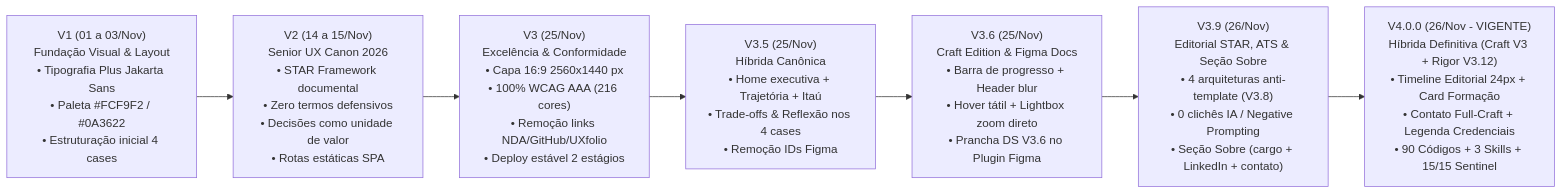
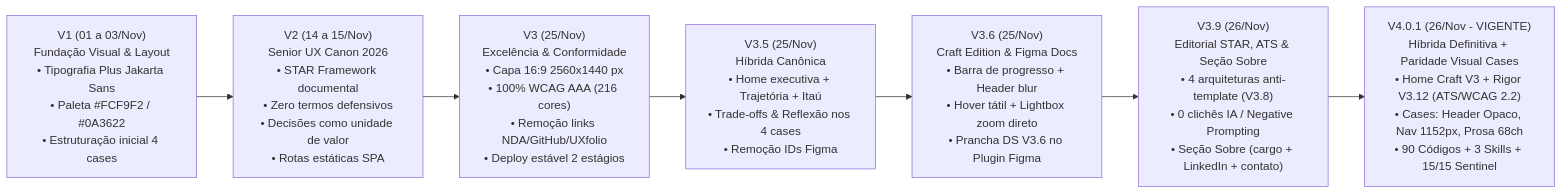
Before and after one commit to israelfull-commits/portfolio: the diagram in docs/INDEX_GOVERNANCA_E_DECISOES.md, drawn with Mermaid. The commit also changed 6 other files, not shown here.

Commit message:
fix(v4.0.1): case visual & design system fixes (opaque scrolled header, full-width footer nav, single-col 68ch summary, decimal ol, gallery aspect)

````diff
--- a/docs/INDEX_GOVERNANCA_E_DECISOES.md
+++ b/docs/INDEX_GOVERNANCA_E_DECISOES.md
@@ -15,11 +15,11 @@
 ```mermaid
 flowchart LR
     V1["V1 (01 a 03/Nov)<br>Fundação Visual & Layout<br>• Tipografia Plus Jakarta Sans<br>• Paleta #FCF9F2 / #0A3622<br>• Estruturação inicial 4 cases"]
     V2["V2 (14 a 15/Nov)<br>Senior UX Canon 2026<br>• STAR Framework documental<br>• Zero termos defensivos<br>• Decisões como unidade de valor<br>• Rotas estáticas SPA"]
     V3["V3 (25/Nov)<br>Excelência & Conformidade<br>• Capa 16:9 2560x1440 px<br>• 100% WCAG AAA (216 cores)<br>• Remoção links NDA/GitHub/UXfolio<br>• Deploy estável 2 estágios"]
     V35["V3.5 (25/Nov)<br>Híbrida Canônica<br>• Home executiva + Trajetória + Itaú<br>• Trade-offs & Reflexão nos 4 cases<br>• Remoção IDs Figma"]
     V36["V3.6 (25/Nov)<br>Craft Edition & Figma Docs<br>• Barra de progresso + Header blur<br>• Hover tátil + Lightbox zoom direto<br>• Prancha DS V3.6 no Plugin Figma"]
     V39["V3.9 (26/Nov)<br>Editorial STAR, ATS & Seção Sobre<br>• 4 arquiteturas anti-template (V3.8)<br>• 0 clichês IA / Negative Prompting<br>• Seção Sobre (cargo + LinkedIn + contato)"]
-    V310["V4.0.0 (26/Nov - VIGENTE)<br>Híbrida Definitiva (Craft V3 + Rigor V3.12)<br>• Timeline Editorial 24px + Card Formação<br>• Contato Full-Craft + Legenda Credenciais<br>• 90 Códigos + 3 Skills + 15/15 Sentinel"]
+    V310["V4.0.1 (26/Nov - VIGENTE)<br>Híbrida Definitiva + Paridade Visual Cases<br>• Home Craft V3 + Rigor V3.12 (ATS/WCAG 2.2)<br>• Cases: Header Opaco, Nav 1152px, Prosa 68ch<br>• 90 Códigos + 3 Skills + 15/15 Sentinel"]
     V1 --> V2 --> V3 --> V35 --> V36 --> V39 --> V310
 ```
````
